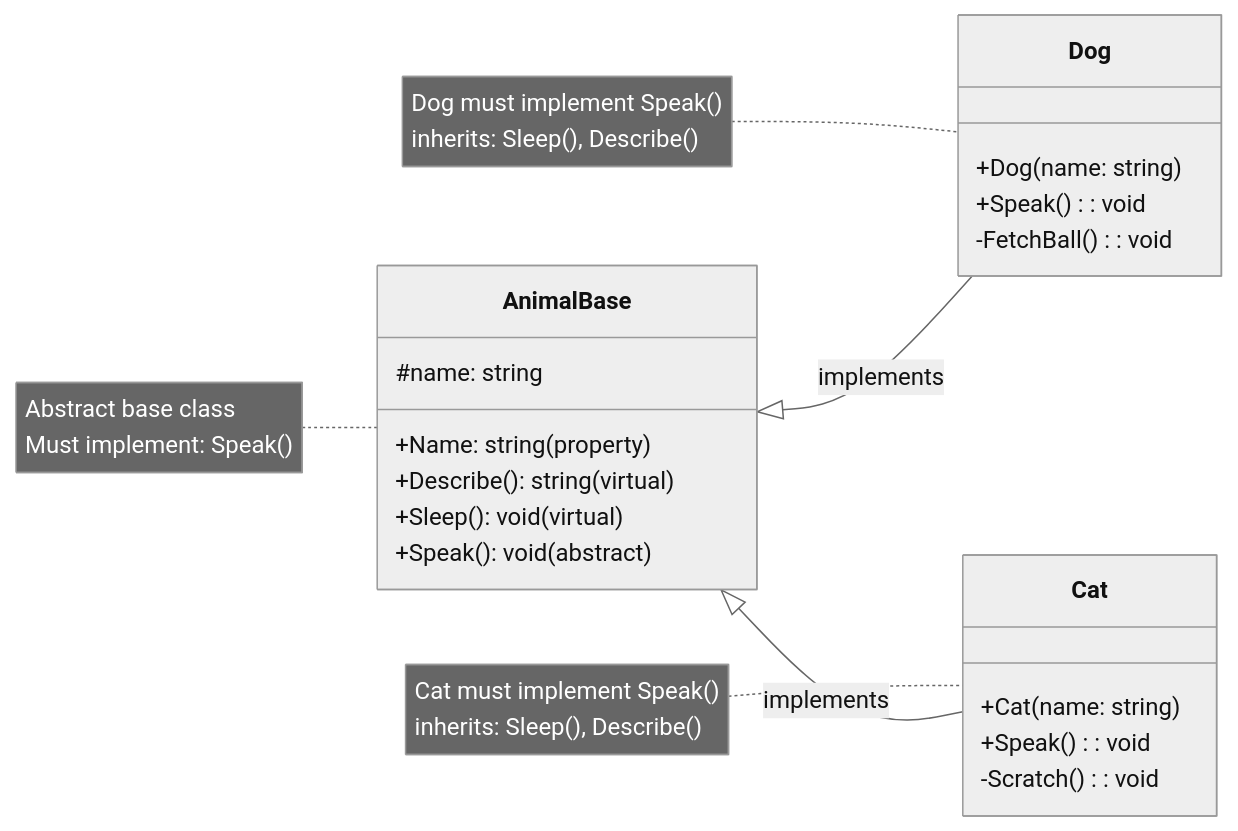
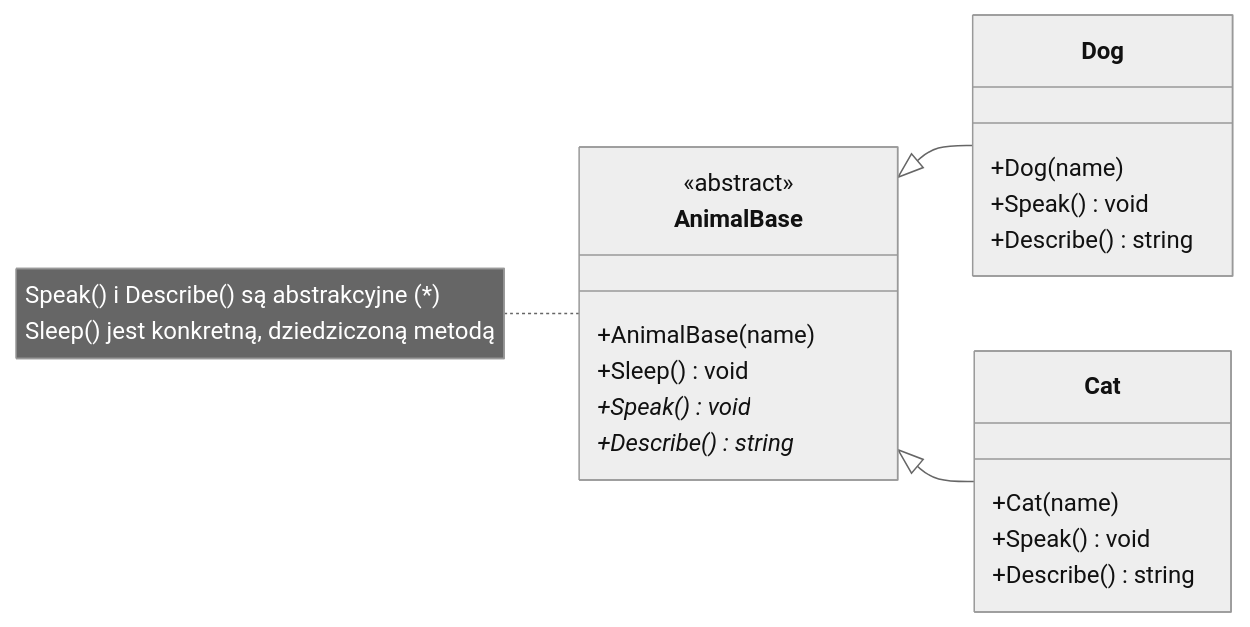
One commit to tborzyszkowski/csharp-programming changed the first of 4 diagrams in src/07-interfejsy_abstrakcje/_01_abstract_classes_intro/diagrams/class_hierarchy.md. Above: the diagram before and after it, drawn with Mermaid (neutral theme). The commit also changed other lines of this file and 12 other files, not shown here.

````diff
--- a/src/07-interfejsy_abstrakcje/_01_abstract_classes_intro/diagrams/class_hierarchy.md
+++ b/src/07-interfejsy_abstrakcje/_01_abstract_classes_intro/diagrams/class_hierarchy.md
@@ -1,35 +1,32 @@
 ```mermaid
 classDiagram
     direction LR
     
     %% Abstract Base Class
     class AnimalBase {
-        #name: string
-        +Name: string (property)
-        +Describe(): string (virtual)
-        +Sleep(): void (virtual)
-        +Speak(): void (abstract)
+        <<abstract>>
+        +AnimalBase(name)
+        +Sleep() void
+        +Speak()* void
+        +Describe()* string
     }
     
     %% Concrete Implementations
     class Dog {
-        +Dog(name: string)
-        +Speak(): void
-        -FetchBall(): void
+        +Dog(name)
+        +Speak() void
+        +Describe() string
     }
     
     class Cat {
-        +Cat(name: string)
-        +Speak(): void
-        -Scratch(): void
+        +Cat(name)
+        +Speak() void
+        +Describe() string
     }
     
     %% Inheritance Relationships
-    AnimalBase <|-- Dog: implements
-    AnimalBase <|-- Cat: implements
+    AnimalBase <|-- Dog
+    AnimalBase <|-- Cat
     
-    %% Abstract Method Notation
-    note for AnimalBase "Abstract base class<br/>Must implement: Speak()"
-    note for Dog "Dog must implement Speak()<br/>inherits: Sleep(), Describe()"
-    note for Cat "Cat must implement Speak()<br/>inherits: Sleep(), Describe()"
+    note for AnimalBase "Speak() i Describe() są abstrakcyjne (*)<br/>Sleep() jest konkretną, dziedziczoną metodą"
 ```
````
